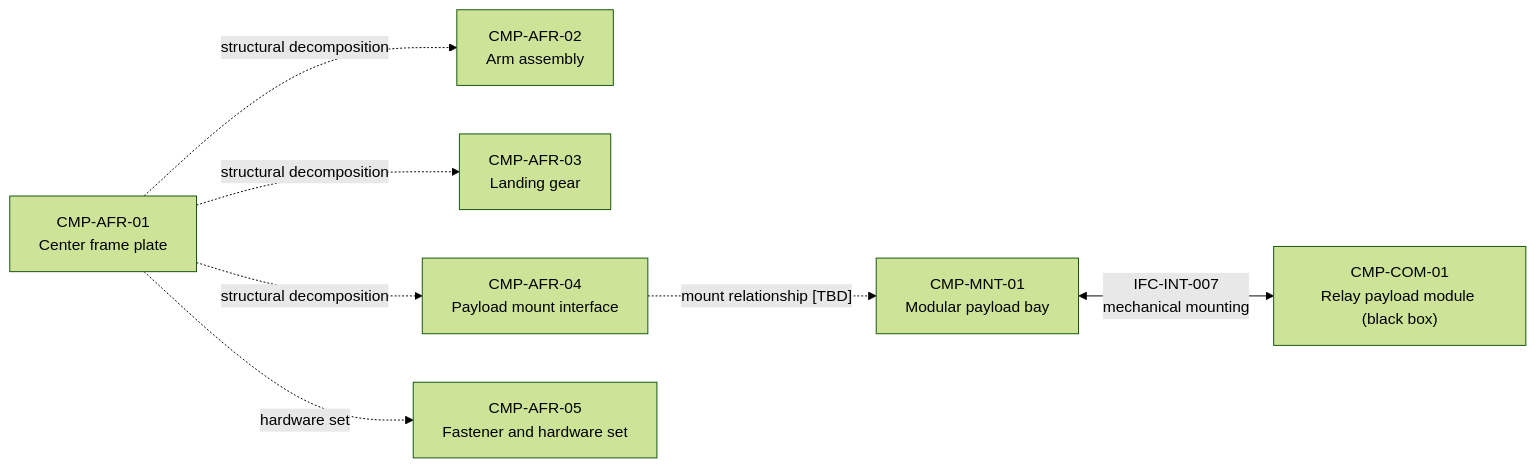
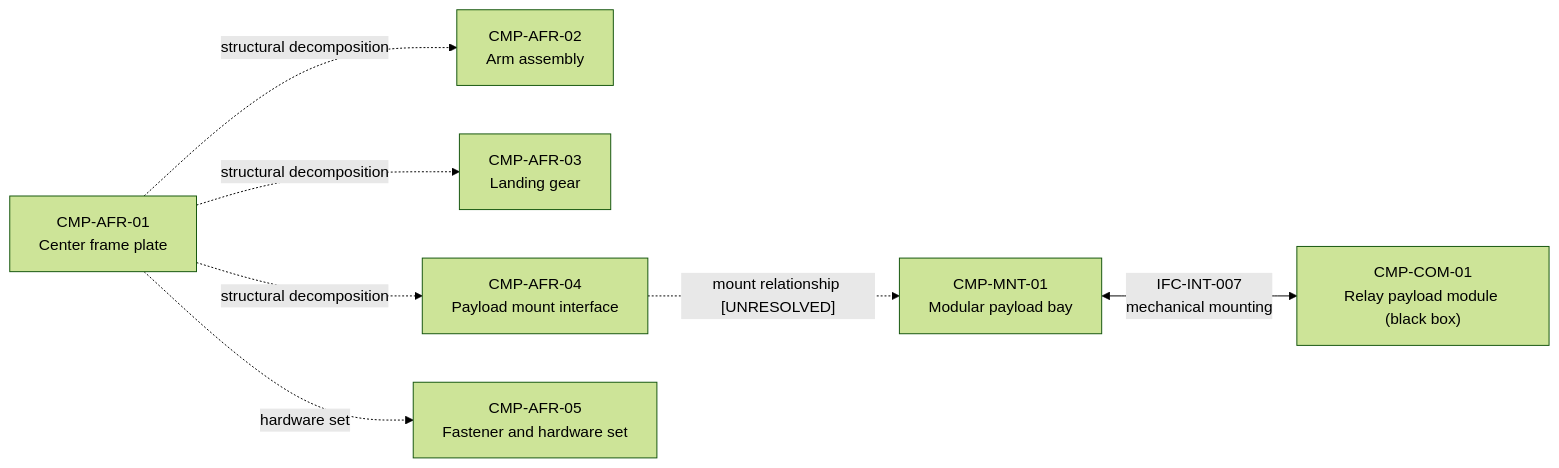
The fourth of 20 diagrams in reports/architecture-views.md (noahstephenson/low-cost-relay-uas), drawn with Mermaid (forest theme) before and after one commit. The commit also changed other lines of this file and 12 other files, not shown here.

Commit message:
Mature relay UAS candidate architecture

````diff
--- a/reports/architecture-views.md
+++ b/reports/architecture-views.md
@@ -97,17 +97,17 @@
 ```mermaid
 flowchart LR
     %% Configuration scope: CFG-REP / CFG-DOM
     CMP_AFR_01["CMP-AFR-01<br/>Center frame plate"]
     CMP_AFR_02["CMP-AFR-02<br/>Arm assembly"]
     CMP_AFR_03["CMP-AFR-03<br/>Landing gear"]
     CMP_AFR_04["CMP-AFR-04<br/>Payload mount interface"]
     CMP_AFR_05["CMP-AFR-05<br/>Fastener and hardware set"]
     CMP_MNT_01["CMP-MNT-01<br/>Modular payload bay"]
     CMP_COM_01["CMP-COM-01<br/>Relay payload module (black box)"]
     CMP_AFR_01 -.->|"structural decomposition"| CMP_AFR_02
     CMP_AFR_01 -.->|"structural decomposition"| CMP_AFR_03
     CMP_AFR_01 -.->|"structural decomposition"| CMP_AFR_04
     CMP_AFR_01 -.->|"hardware set"| CMP_AFR_05
-    CMP_AFR_04 -.->|"mount relationship [TBD]"| CMP_MNT_01
+    CMP_AFR_04 -.->|"mount relationship [UNRESOLVED]"| CMP_MNT_01
     CMP_MNT_01 <-->|"IFC-INT-007<br/>mechanical mounting"| CMP_COM_01
 ```
````
